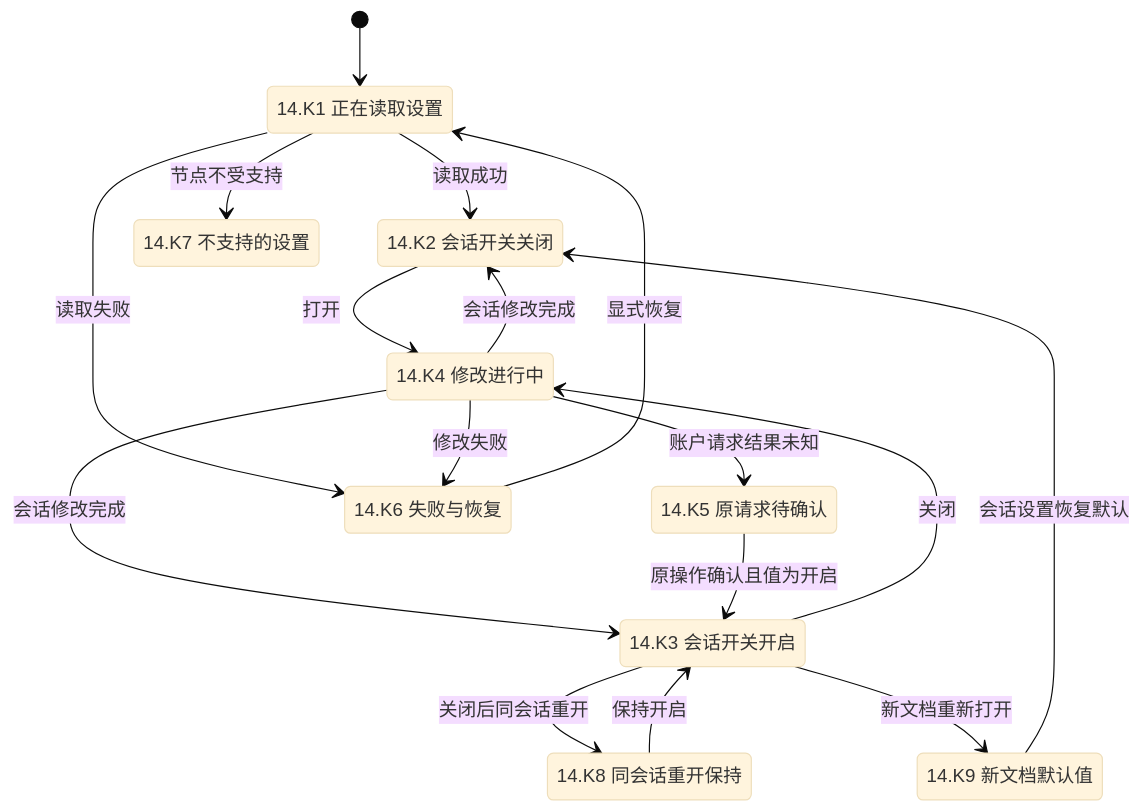
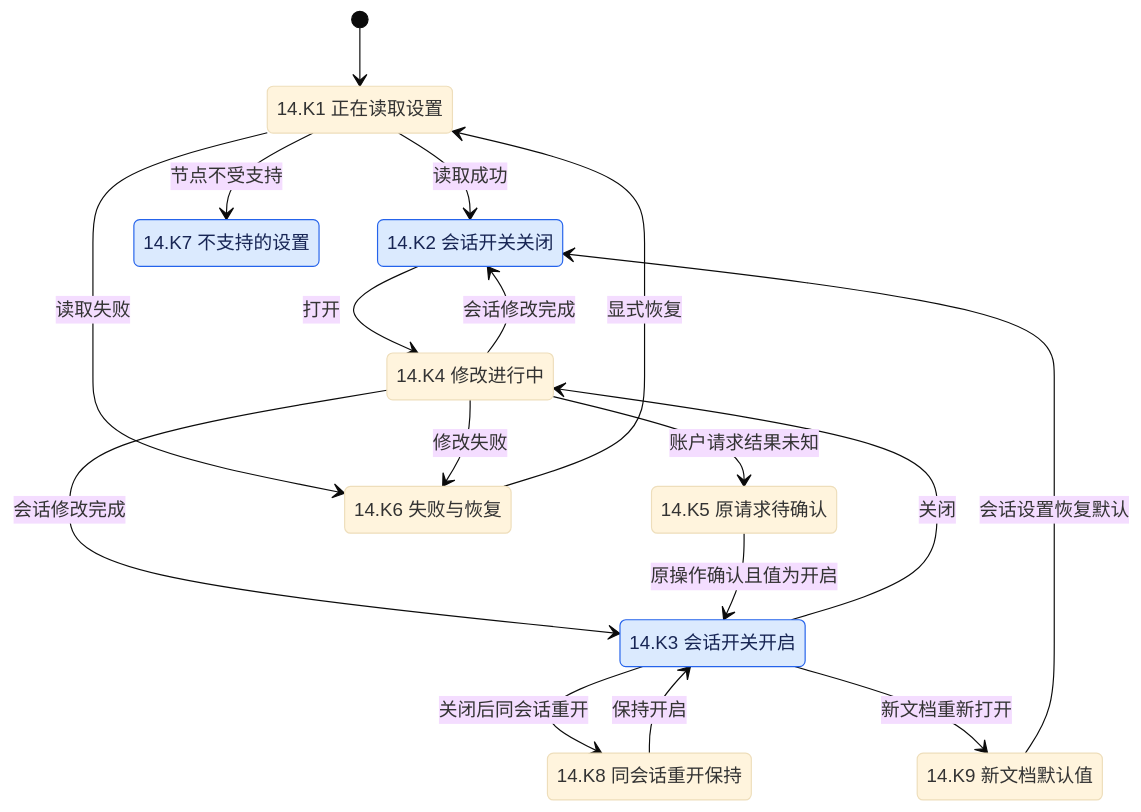
Before and after one commit to Wybxc/karuyomi: the tenth of 11 diagrams in docs/verification/mihon-state-coverage.md, drawn with Mermaid (base theme). The commit also changed other lines of this file and 4 other files, not shown here.

````diff
--- a/docs/verification/mihon-state-coverage.md
+++ b/docs/verification/mihon-state-coverage.md
@@ -997,28 +997,30 @@
 ```mermaid
 stateDiagram-v2
     [*] --> LoadingPreferences
     state "14.K1 正在读取设置" as LoadingPreferences
     state "14.K2 会话开关关闭" as ToggleOff
     state "14.K3 会话开关开启" as ToggleOn
     state "14.K4 修改进行中" as ChangingPreference
     state "14.K5 原请求待确认" as PreferencePending
     state "14.K6 失败与恢复" as PreferenceFailed
     state "14.K7 不支持的设置" as UnsupportedPreference
     state "14.K8 同会话重开保持" as SessionReopened
     state "14.K9 新文档默认值" as NewDocument
     LoadingPreferences --> ToggleOff: 读取成功
     LoadingPreferences --> PreferenceFailed: 读取失败
     ToggleOff --> ChangingPreference: 打开
     ToggleOn --> ChangingPreference: 关闭
     ChangingPreference --> ToggleOn: 会话修改完成
     ChangingPreference --> ToggleOff: 会话修改完成
     ChangingPreference --> PreferencePending: 账户请求结果未知
     ChangingPreference --> PreferenceFailed: 修改失败
     PreferencePending --> ToggleOn: 原操作确认且值为开启
     PreferenceFailed --> LoadingPreferences: 显式恢复
     ToggleOn --> SessionReopened: 关闭后同会话重开
     SessionReopened --> ToggleOn: 保持开启
     ToggleOn --> NewDocument: 新文档重新打开
     NewDocument --> ToggleOff: 会话设置恢复默认
     LoadingPreferences --> UnsupportedPreference: 节点不受支持
+    classDef paired fill:#dbeafe,color:#172554,stroke:#2563eb
+    class ToggleOff,ToggleOn,UnsupportedPreference paired
 ```
````
